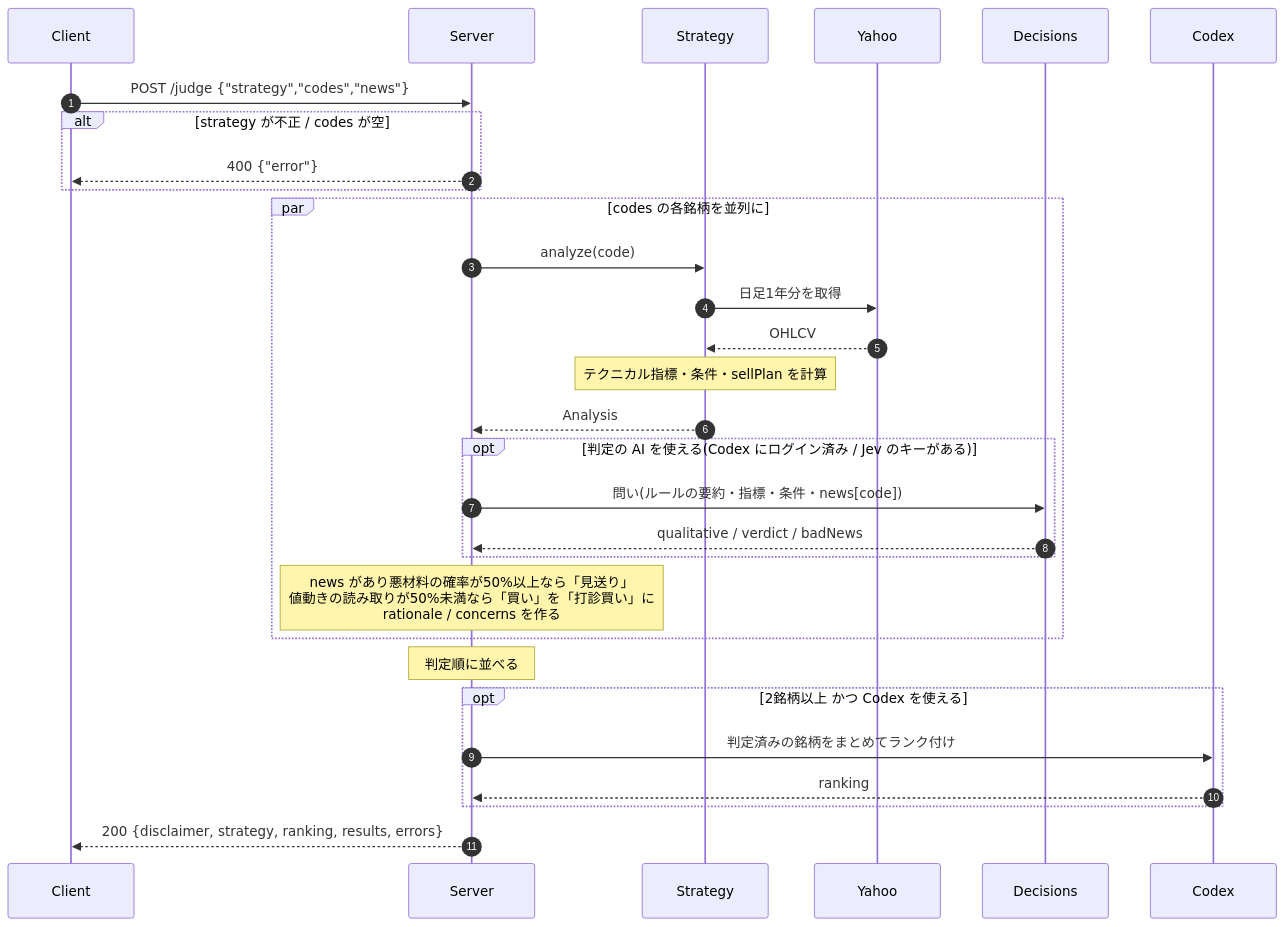
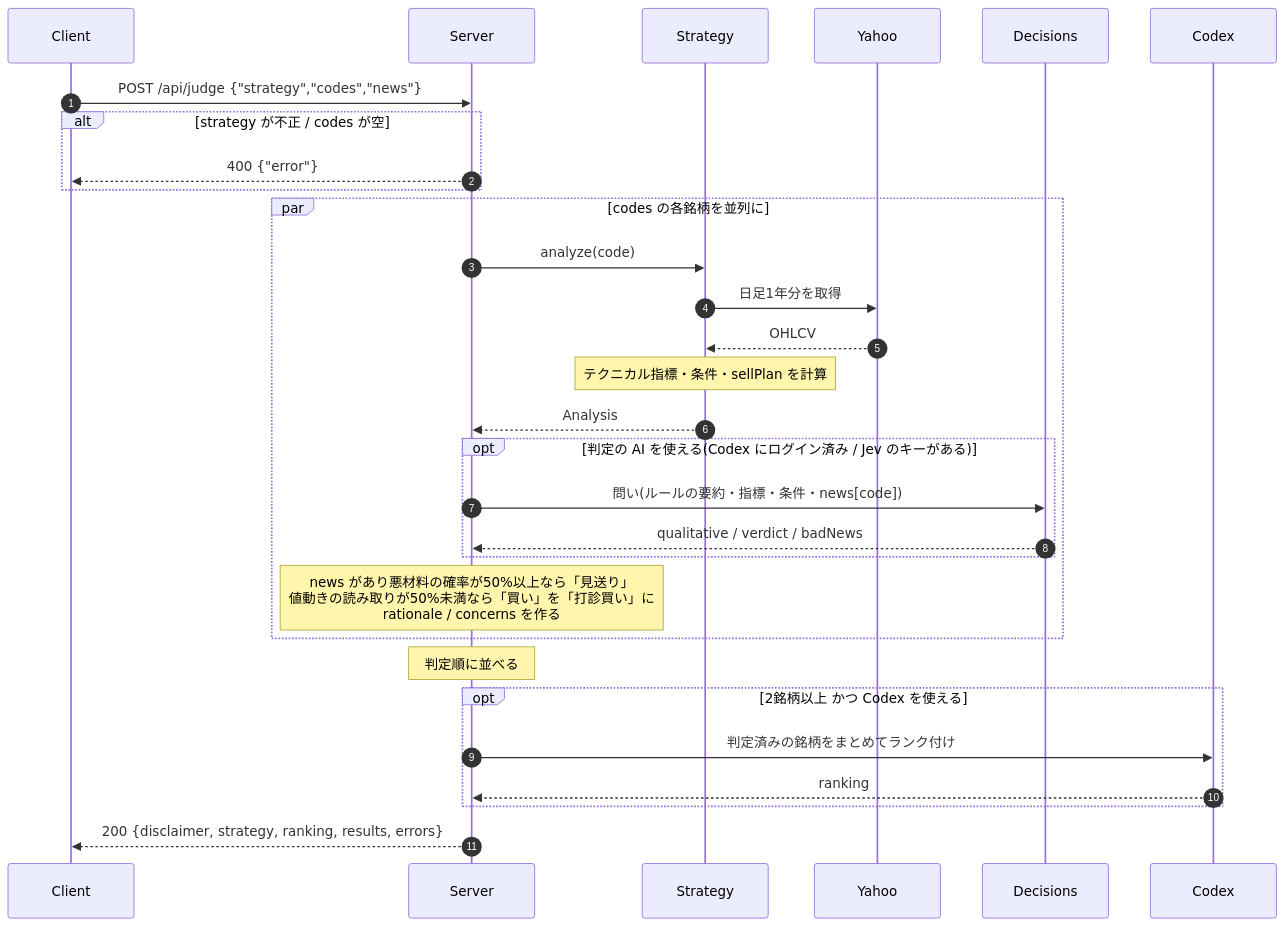
Before and after one commit to hukusuke1007/stock-analyzer: the second of 3 diagrams in docs/sequence.md, drawn with Mermaid. The commit also changed other lines of this file and 128 other files, not shown here.

````diff
--- a/docs/sequence.md
+++ b/docs/sequence.md
@@ -88,35 +88,35 @@
 ```mermaid
 sequenceDiagram
     autonumber
     participant C as Client
     participant S as Server
     participant ST as Strategy
     participant Y as Yahoo
     participant JV as Decisions
     participant CX as Codex
 
-    C->>S: POST /judge {"strategy","codes","news"}
+    C->>S: POST /api/judge {"strategy","codes","news"}
     alt strategy が不正 / codes が空
         S-->>C: 400 {"error"}
     end
 
     par codes の各銘柄を並列に
         S->>ST: analyze(code)
         ST->>Y: 日足1年分を取得
         Y-->>ST: OHLCV
         Note over ST: テクニカル指標・条件・sellPlan を計算
         ST-->>S: Analysis
         opt 判定の AI を使える(Codex にログイン済み / Jev のキーがある)
             S->>JV: 問い(ルールの要約・指標・条件・news[code])
             JV-->>S: qualitative / verdict / badNews
         end
         Note over S: news があり悪材料の確率が50%以上なら「見送り」<br/>値動きの読み取りが50%未満なら「買い」を「打診買い」に<br/>rationale / concerns を作る
     end
 
     Note over S: 判定順に並べる
     opt 2銘柄以上 かつ Codex を使える
         S->>CX: 判定済みの銘柄をまとめてランク付け
         CX-->>S: ranking
     end
     S-->>C: 200 {disclaimer, strategy, ranking, results, errors}
 ```
````
